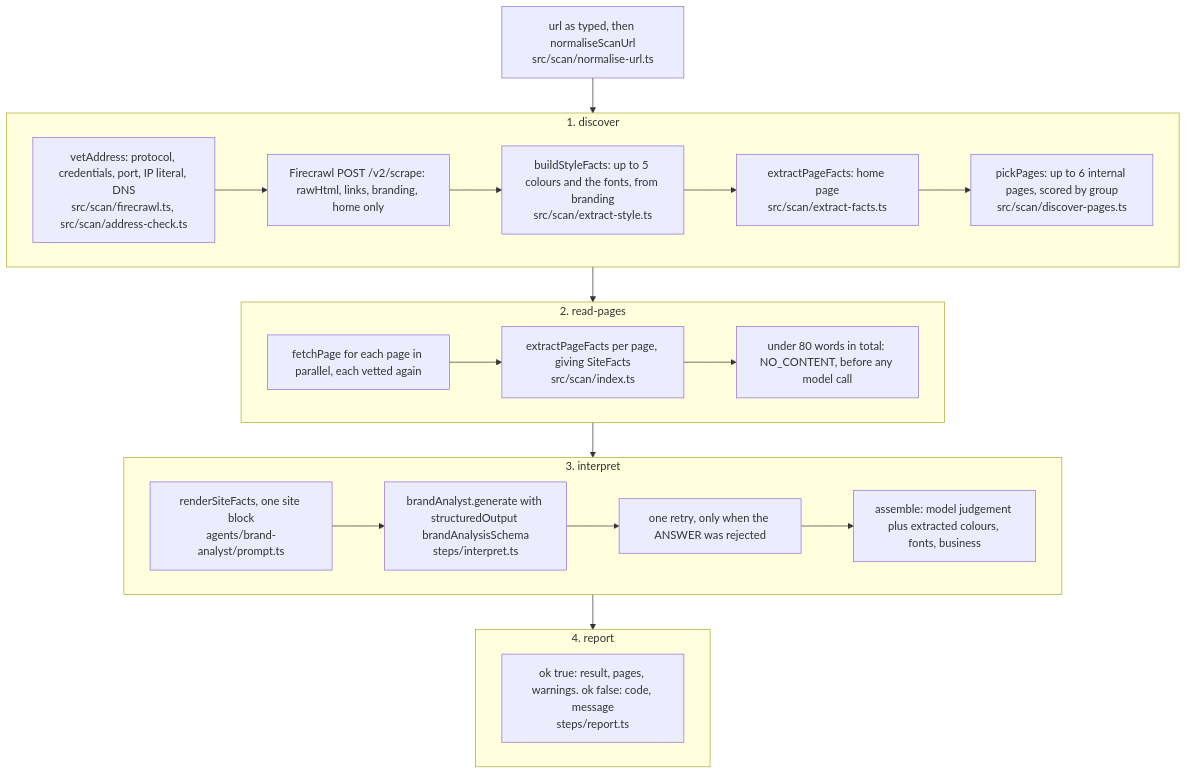
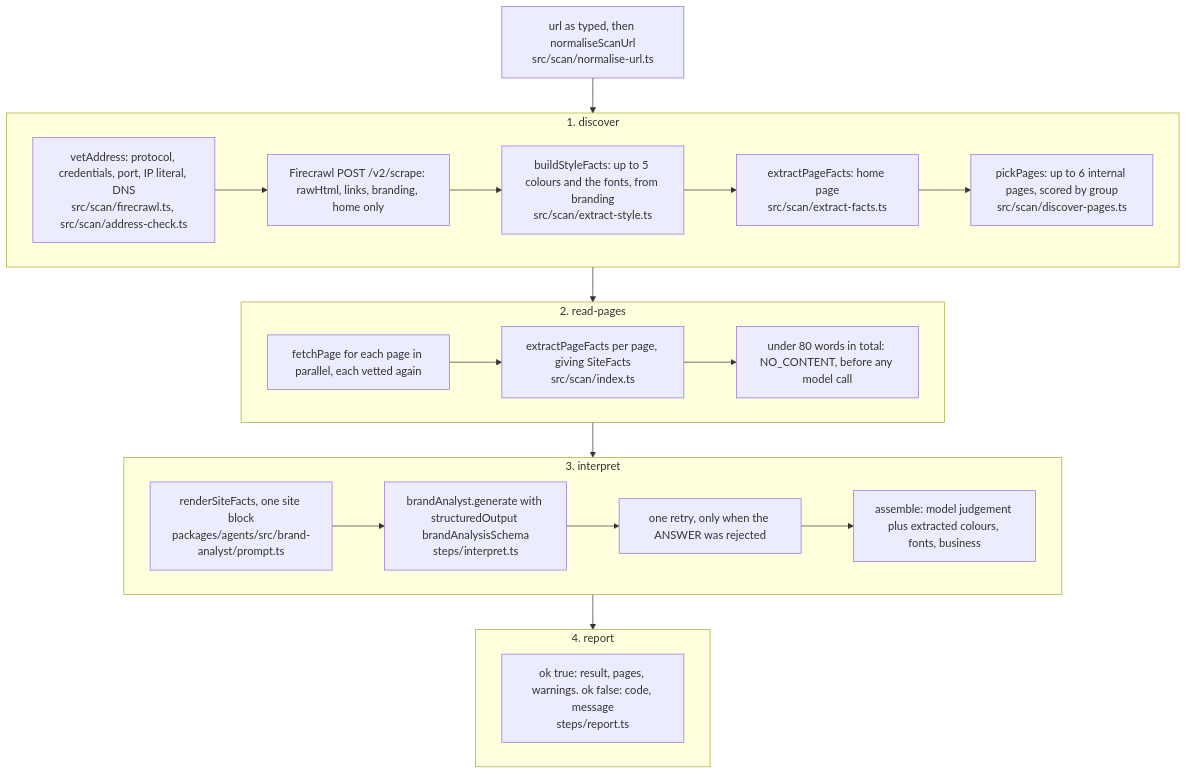
Before and after one commit to GODZ-k/Social-agent: the fourth of 7 diagrams in docs/ARCHITECTURE.md, drawn with Mermaid. The commit also changed other lines of this file and 150 other files, not shown here.

````diff
--- a/docs/ARCHITECTURE.md
+++ b/docs/ARCHITECTURE.md
@@ -203,34 +203,34 @@
 ```mermaid
 flowchart TD
     url["url as typed, then normaliseScanUrl<br/>src/scan/normalise-url.ts"]
 
     subgraph s1["1. discover"]
         a1["vetAddress: protocol, credentials, port, IP literal, DNS<br/>src/scan/firecrawl.ts, src/scan/address-check.ts"]
         a2["Firecrawl POST /v2/scrape: rawHtml, links, branding, home only"]
         a3["buildStyleFacts: up to 5 colours and the fonts, from branding<br/>src/scan/extract-style.ts"]
         a4["extractPageFacts: home page<br/>src/scan/extract-facts.ts"]
         a5["pickPages: up to 6 internal pages, scored by group<br/>src/scan/discover-pages.ts"]
         a1 --> a2 --> a3 --> a4 --> a5
     end
 
     subgraph s2["2. read-pages"]
         b1["fetchPage for each page in parallel, each vetted again"]
         b2["extractPageFacts per page, giving SiteFacts<br/>src/scan/index.ts"]
         b3["under 80 words in total: NO_CONTENT, before any model call"]
         b1 --> b2 --> b3
     end
 
     subgraph s3["3. interpret"]
-        c1["renderSiteFacts, one site block<br/>agents/brand-analyst/prompt.ts"]
+        c1["renderSiteFacts, one site block<br/>packages/agents/src/brand-analyst/prompt.ts"]
         c2["brandAnalyst.generate with structuredOutput brandAnalysisSchema<br/>steps/interpret.ts"]
         c3["one retry, only when the ANSWER was rejected"]
         c4["assemble: model judgement plus extracted colours, fonts, business"]
         c1 --> c2 --> c3 --> c4
     end
 
     subgraph s4["4. report"]
         d1["ok true: result, pages, warnings. ok false: code, message<br/>steps/report.ts"]
     end
 
     url --> s1 --> s2 --> s3 --> s4
 ```
````
